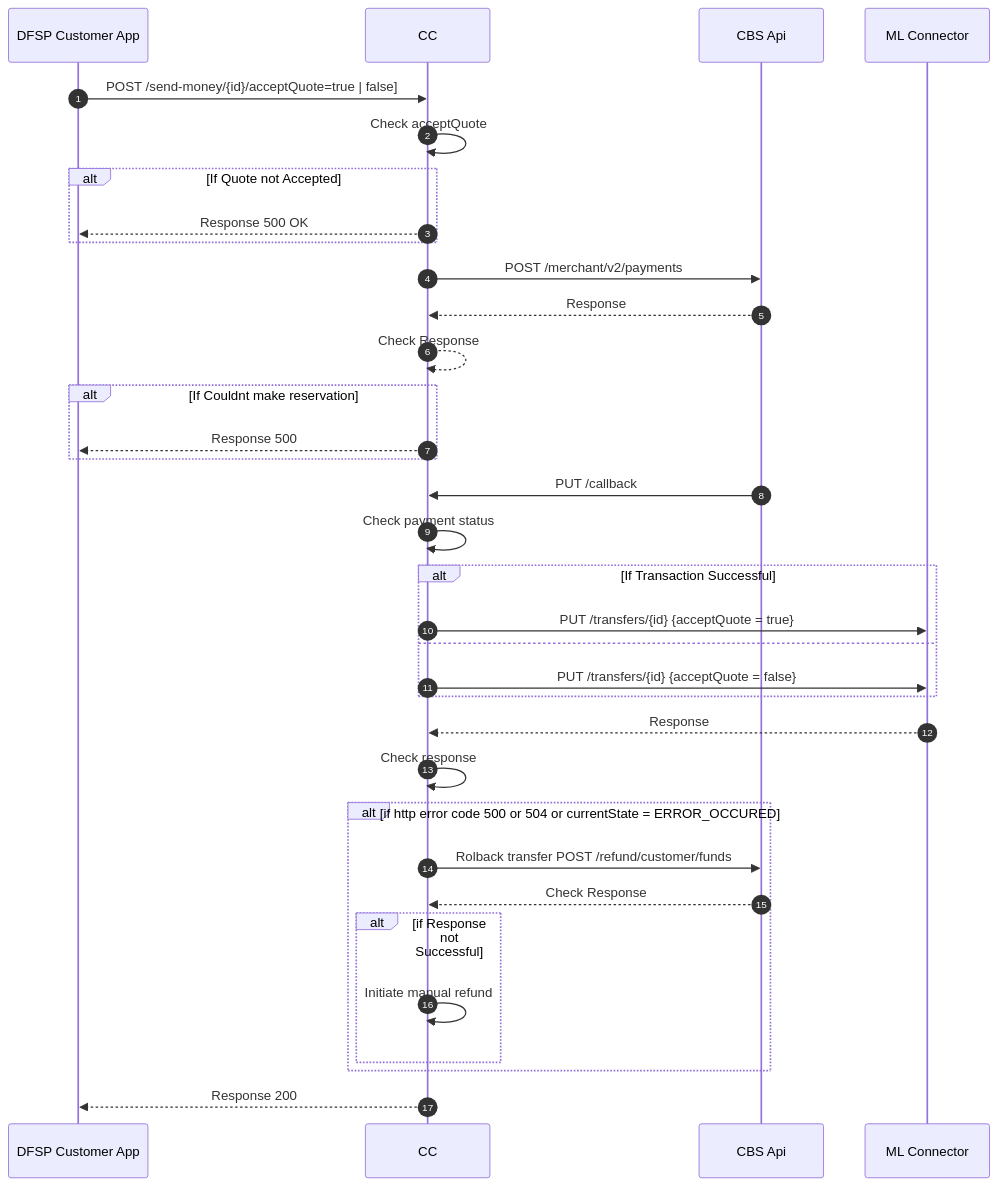
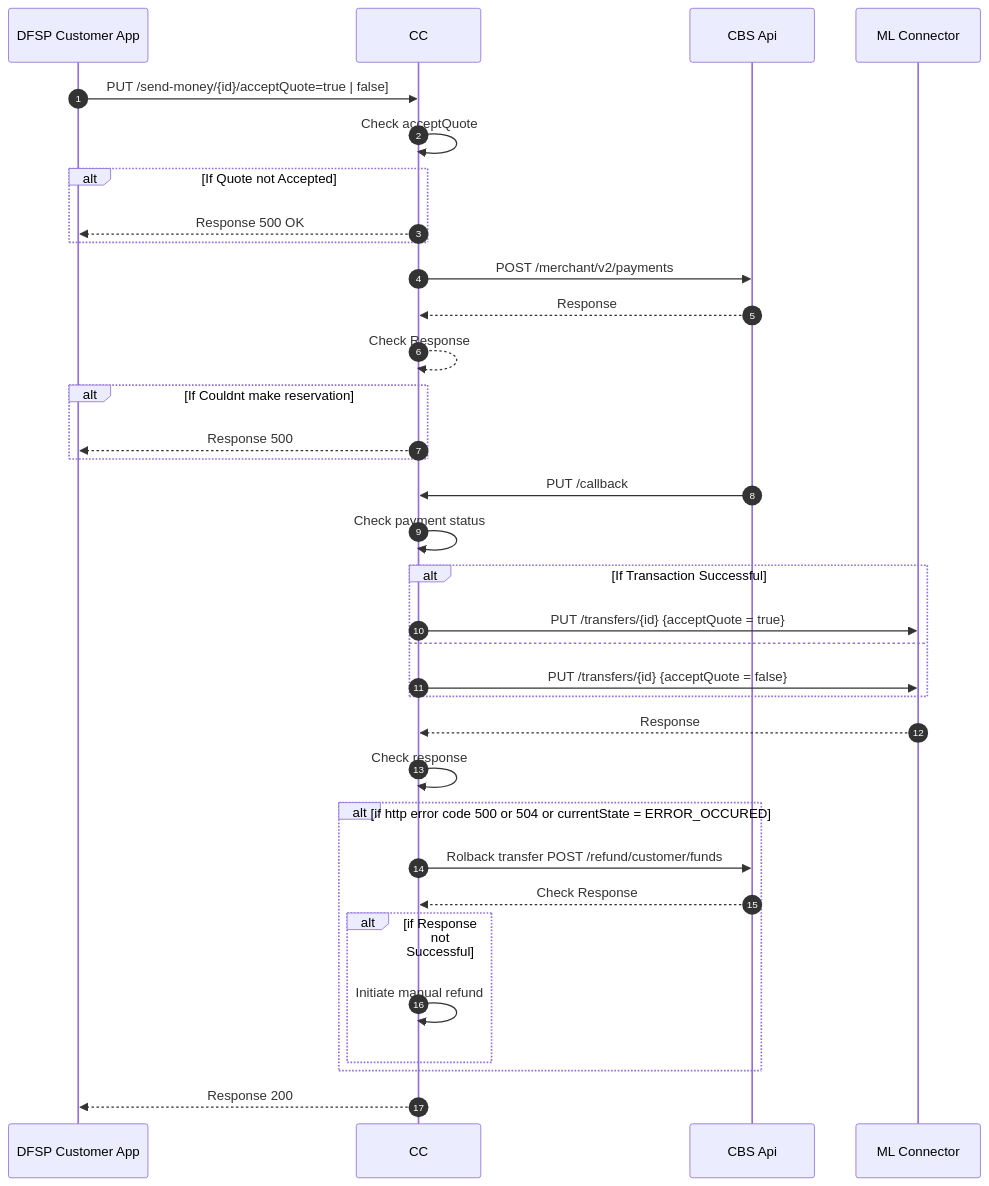
The diagram in core-connector-template/docs/payer-update-send-money-mno.md (mojaloop/ml-reference-connectors), drawn with Mermaid before and after one commit. The commit also changed 3 other files, not shown here.

````diff
--- a/core-connector-template/docs/payer-update-send-money-mno.md
+++ b/core-connector-template/docs/payer-update-send-money-mno.md
@@ -4,32 +4,32 @@
 ```mermaid
 sequenceDiagram
   autoNumber
-  DFSP Customer App->>CC: POST /send-money/{id}/acceptQuote=true | false]
+  DFSP Customer App->>CC: PUT /send-money/{id}/acceptQuote=true | false]
   CC->>CC: Check acceptQuote
   Alt If Quote not Accepted
   CC-->>DFSP Customer App: Response 500 OK
   End
   CC->>CBS Api:POST /merchant/v2/payments
   CBS Api-->>CC:Response
   CC-->>CC: Check Response
   Alt If Couldnt make reservation
   CC-->>DFSP Customer App: Response 500
   End
   CBS Api->>CC: PUT /callback
   CC->>CC: Check payment status 
   Alt If Transaction Successful
   CC->>ML Connector:PUT  /transfers/{id} {acceptQuote = true}
   Else
   CC->>ML Connector:PUT  /transfers/{id} {acceptQuote = false}
   End
   ML Connector-->>CC: Response
   CC->>CC: Check response
   Alt if http error code 500 or 504 or currentState = ERROR_OCCURED
   CC->>CBS Api : Rolback transfer POST /refund/customer/funds
   CBS Api-->>CC:Check Response
   Alt if Response not Successful
   CC->>CC: Initiate manual refund
   End
   End
   CC-->> DFSP Customer App: Response 200
 ```
````
